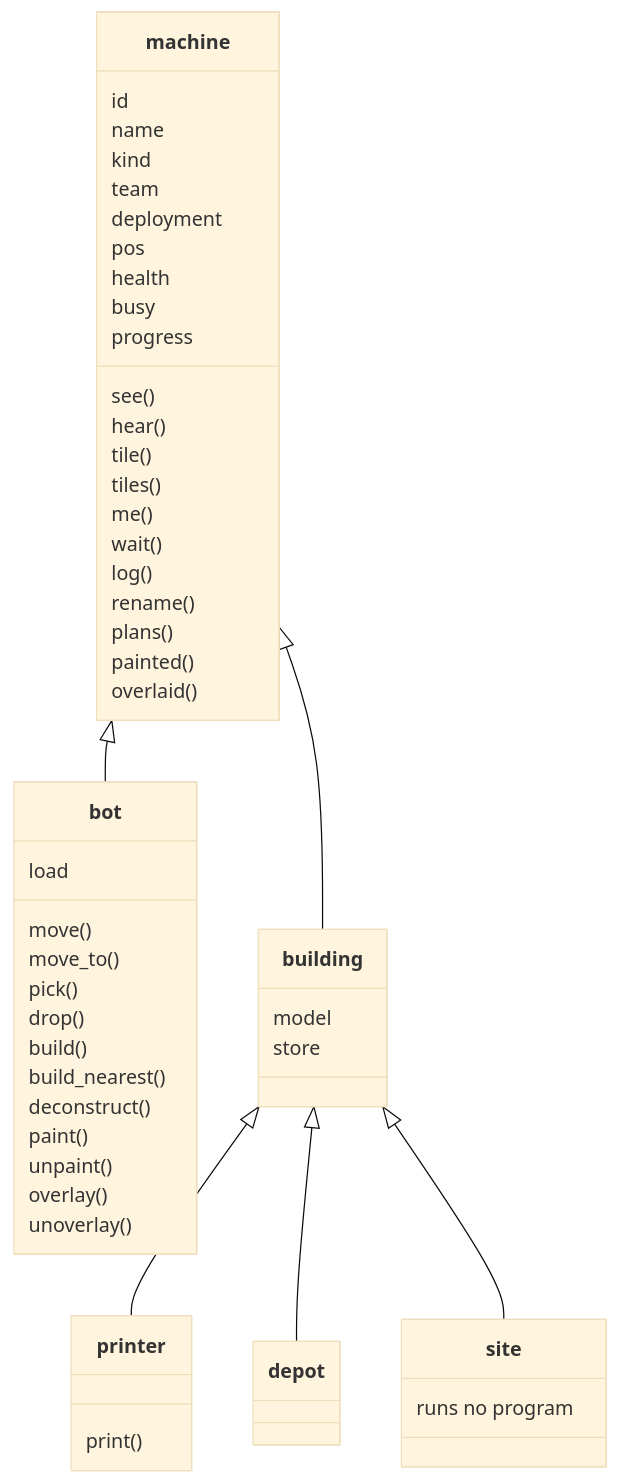
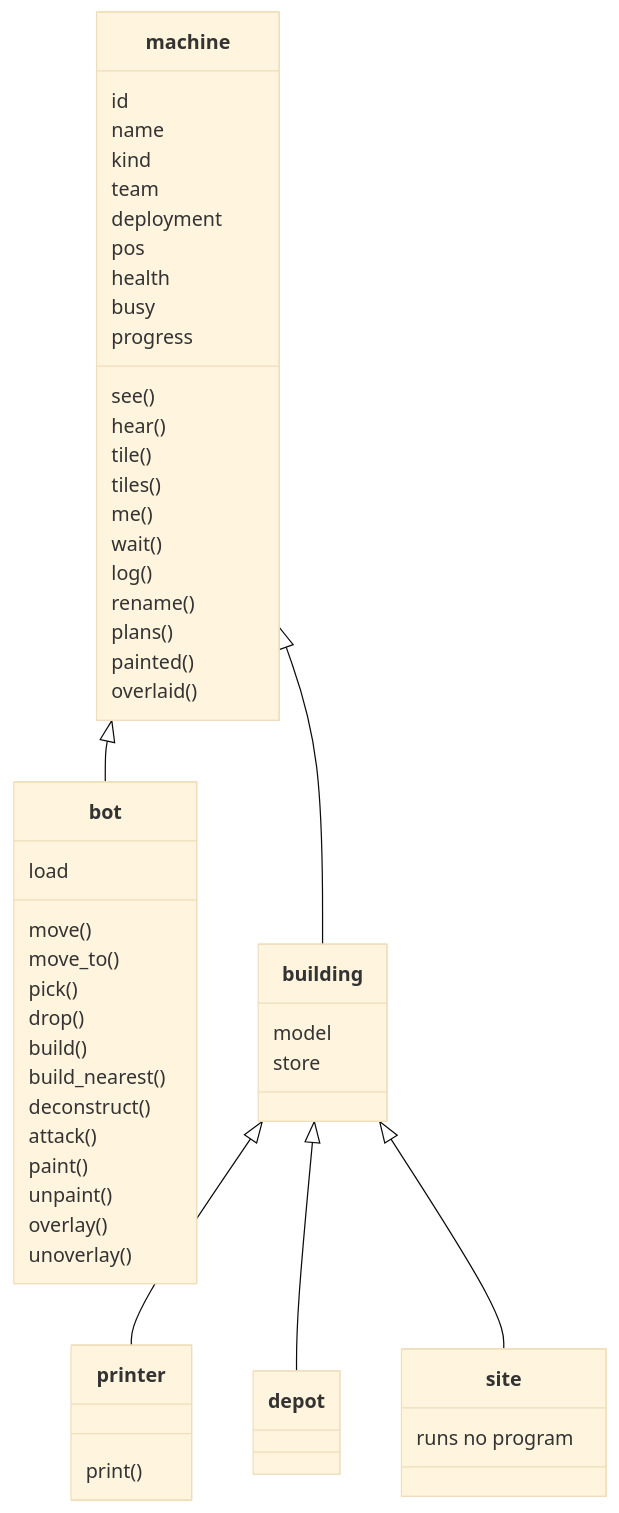
Before and after one commit to mmmtastymmm/programming-game-planned-2: the diagram in docs/02-machines.md, drawn with Mermaid (base theme). The commit also changed other lines of this file and 7 other files, not shown here.

````diff
--- a/docs/02-machines.md
+++ b/docs/02-machines.md
@@ -148,55 +155,56 @@
 ```mermaid
 classDiagram
   class machine {
     id
     name
     kind
     team
     deployment
     pos
     health
     busy
     progress
     see()
     hear()
     tile()
     tiles()
     me()
     wait()
     log()
     rename()
     plans()
     painted()
     overlaid()
   }
   class bot {
     load
     move()
     move_to()
     pick()
     drop()
     build()
     build_nearest()
     deconstruct()
+    attack()
     paint()
     unpaint()
     overlay()
     unoverlay()
   }
   class building {
     model
     store
   }
   class printer {
     print()
   }
   class depot
   class site {
     runs no program
   }
   machine <|-- bot
   machine <|-- building
   building <|-- printer
   building <|-- depot
   building <|-- site
 ```
````
